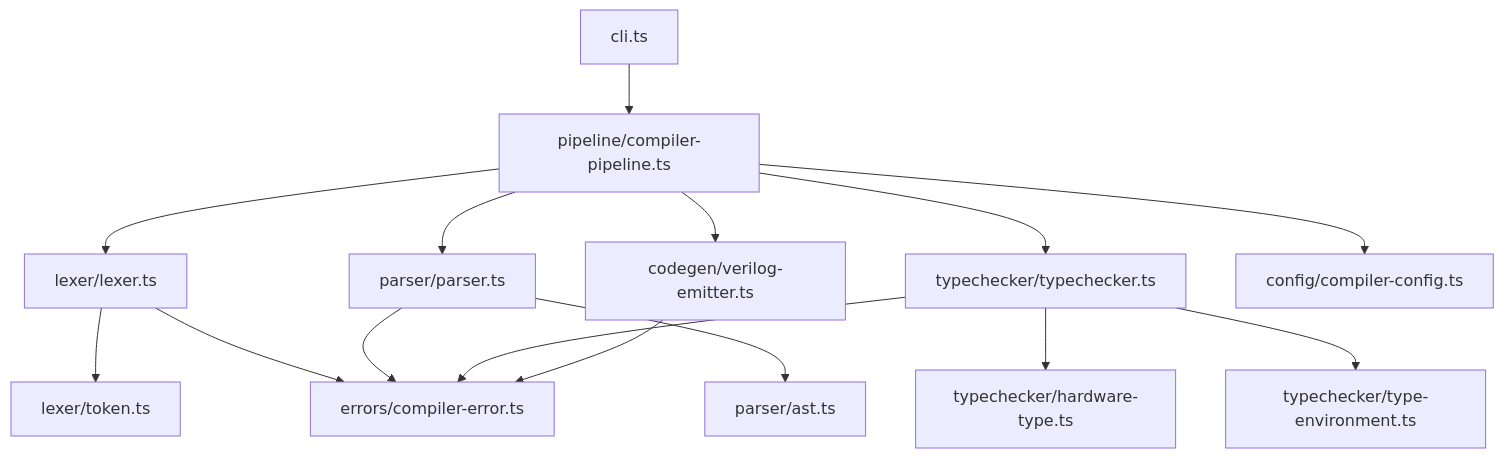
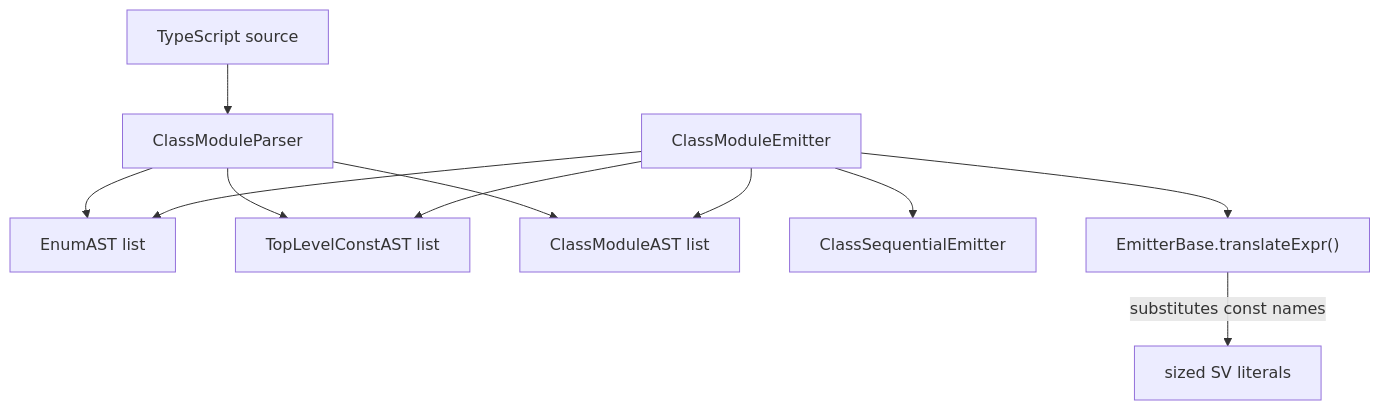
Before and after one commit to thecharge/sndv-hdl: the third of 5 diagrams in docs/architecture.md, drawn with Mermaid. The commit also changed other lines of this file and 8 other files, not shown here.

````diff
--- a/docs/architecture.md
+++ b/docs/architecture.md
@@ -22,20 +67,15 @@
 ```mermaid
 graph TD
-    CLI["cli.ts"] --> Pipeline["pipeline/compiler-pipeline.ts"]
-    Pipeline --> Lexer["lexer/lexer.ts"]
-    Pipeline --> Parser["parser/parser.ts"]
-    Pipeline --> TypeChecker["typechecker/typechecker.ts"]
-    Pipeline --> CodeGen["codegen/verilog-emitter.ts"]
-    
-    Lexer --> Token["lexer/token.ts"]
-    Parser --> AST["parser/ast.ts"]
-    TypeChecker --> HWType["typechecker/hardware-type.ts"]
-    TypeChecker --> TypeEnv["typechecker/type-environment.ts"]
-    
-    Pipeline --> Config["config/compiler-config.ts"]
-    
-    Lexer --> Errors["errors/compiler-error.ts"]
-    Parser --> Errors
-    TypeChecker --> Errors
-    CodeGen --> Errors
+    Source["TypeScript source"] --> Parser["ClassModuleParser"]
+    Parser --> Enums["EnumAST list"]
+    Parser --> Consts["TopLevelConstAST list"]
+    Parser --> Modules["ClassModuleAST list"]
+
+    Emitter["ClassModuleEmitter"] --> Consts
+    Emitter --> Enums
+    Emitter --> Modules
+    Emitter --> SeqEmitter["ClassSequentialEmitter"]
+    Emitter --> BaseEmitter["EmitterBase.translateExpr()"]
+
+    BaseEmitter -->|"substitutes const names"| InlinedSV["sized SV literals"]
 ```
````
